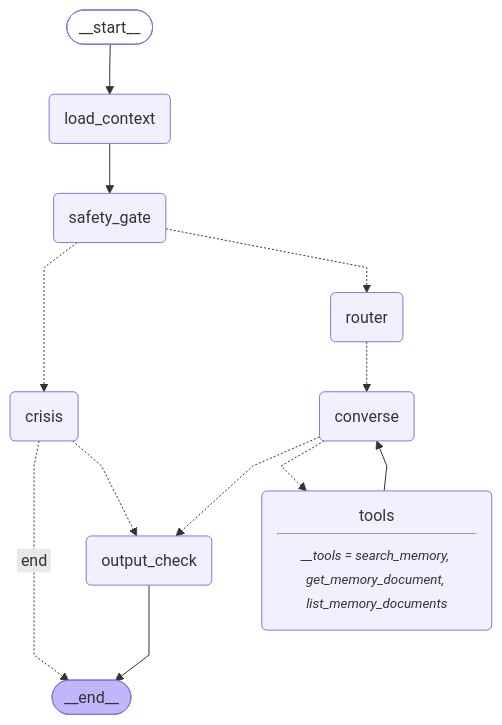
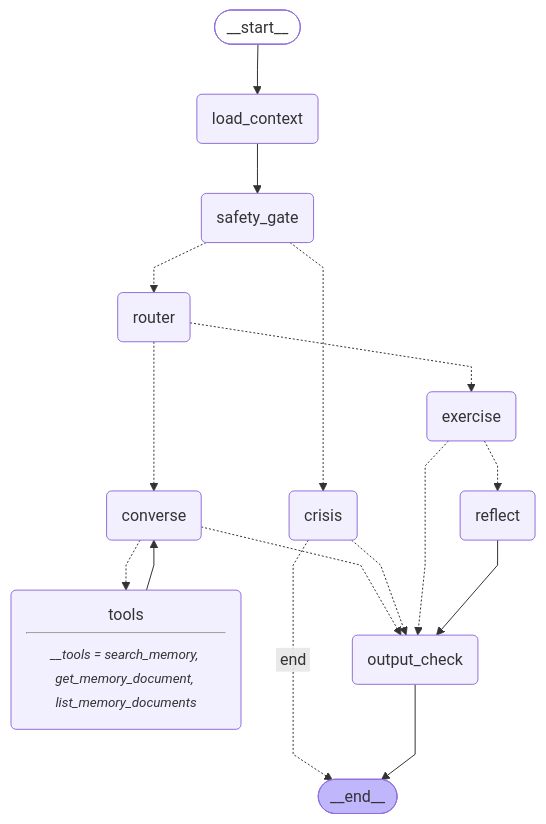
Before and after one commit to hazardouspilot/couples_agent: the diagram in docs/graph.md, drawn with Mermaid. The commit also changed 9 other files, not shown here.

````diff
--- a/docs/graph.md
+++ b/docs/graph.md
@@ -6,31 +6,37 @@
 ```mermaid
 ---
 config:
   flowchart:
     curve: linear
 ---
 graph TD;
 	__start__([<p>__start__</p>]):::first
 	load_context(load_context)
 	safety_gate(safety_gate)
 	crisis(crisis)
 	router(router)
 	converse(converse)
+	exercise(exercise)
+	reflect(reflect)
 	tools(tools<hr/><small><em>__tools = search_memory, get_memory_document, list_memory_documents</em></small>)
 	output_check(output_check)
 	__end__([<p>__end__</p>]):::last
 	__start__ --> load_context;
 	converse -.-> output_check;
 	converse -.-> tools;
 	crisis -. &nbsp;end&nbsp; .-> __end__;
 	crisis -.-> output_check;
+	exercise -.-> output_check;
+	exercise -.-> reflect;
 	load_context --> safety_gate;
+	reflect --> output_check;
 	router -.-> converse;
+	router -.-> exercise;
 	safety_gate -.-> crisis;
 	safety_gate -.-> router;
 	tools --> converse;
 	output_check --> __end__;
 	classDef default fill:#f2f0ff,line-height:1.2
 	classDef first fill-opacity:0
 	classDef last fill:#bfb6fc
 ```
````
